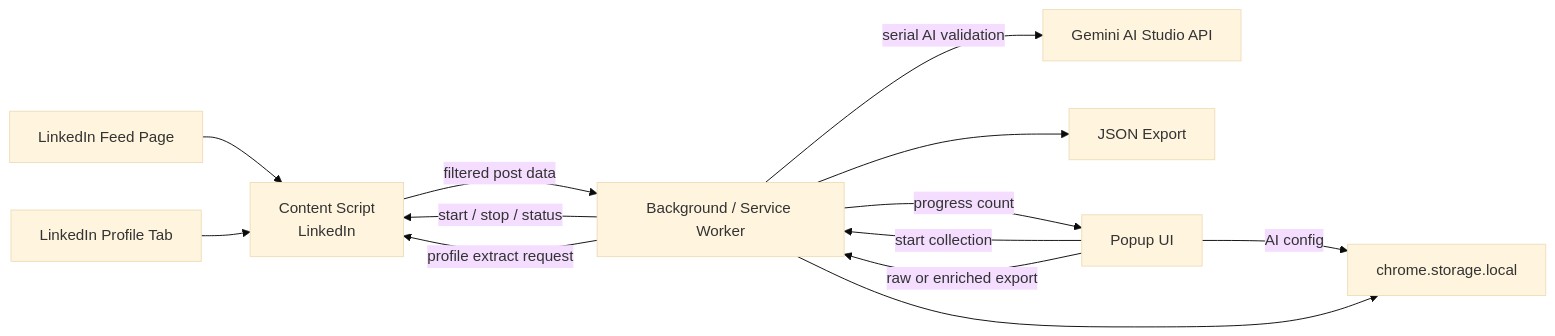
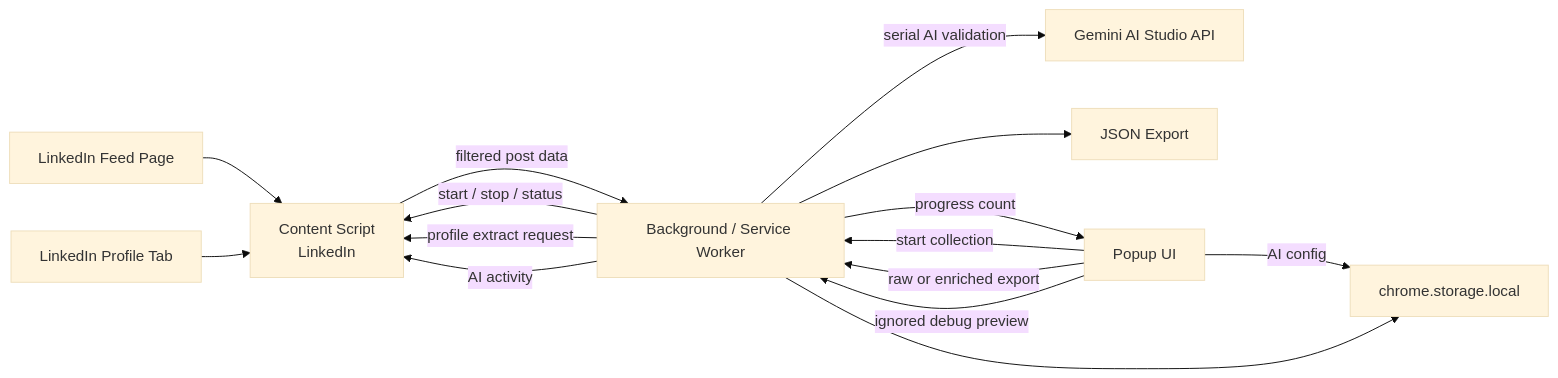
The diagram in docs/diagrams/extension-architecture.md (h-4vok/linkedin-post-gatherer), drawn with Mermaid (base theme) before and after one commit. The commit also changed 33 other files, not shown here.

````diff
--- a/docs/diagrams/extension-architecture.md
+++ b/docs/diagrams/extension-architecture.md
@@ -3,24 +3,26 @@
 ```mermaid
 flowchart LR
     LI[LinkedIn Feed Page]
     LP[LinkedIn Profile Tab]
     CS[Content Script<br/>LinkedIn]
     BG[Background / Service Worker]
     ST[chrome.storage.local]
     GS[Gemini AI Studio API]
     EX[JSON Export]
     UI[Popup UI]
 
     LI --> CS
     LP --> CS
     UI -->|start collection| BG
     UI -->|AI config| ST
     BG -->|start / stop / status| CS
     CS -->|filtered post data| BG
     UI -->|raw or enriched export| BG
+    UI -->|ignored debug preview| BG
     BG -->|profile extract request| CS
     BG -->|serial AI validation| GS
     BG --> ST
     BG -->|progress count| UI
+    BG -->|AI activity| CS
     BG --> EX
 ```
````
